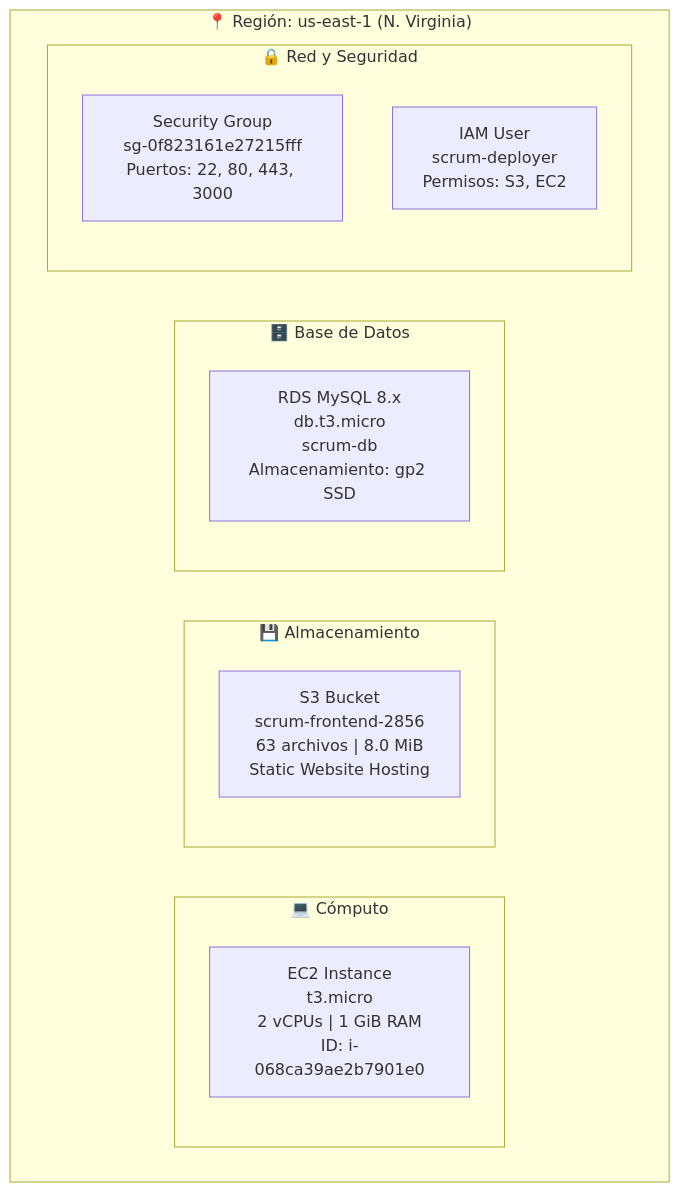
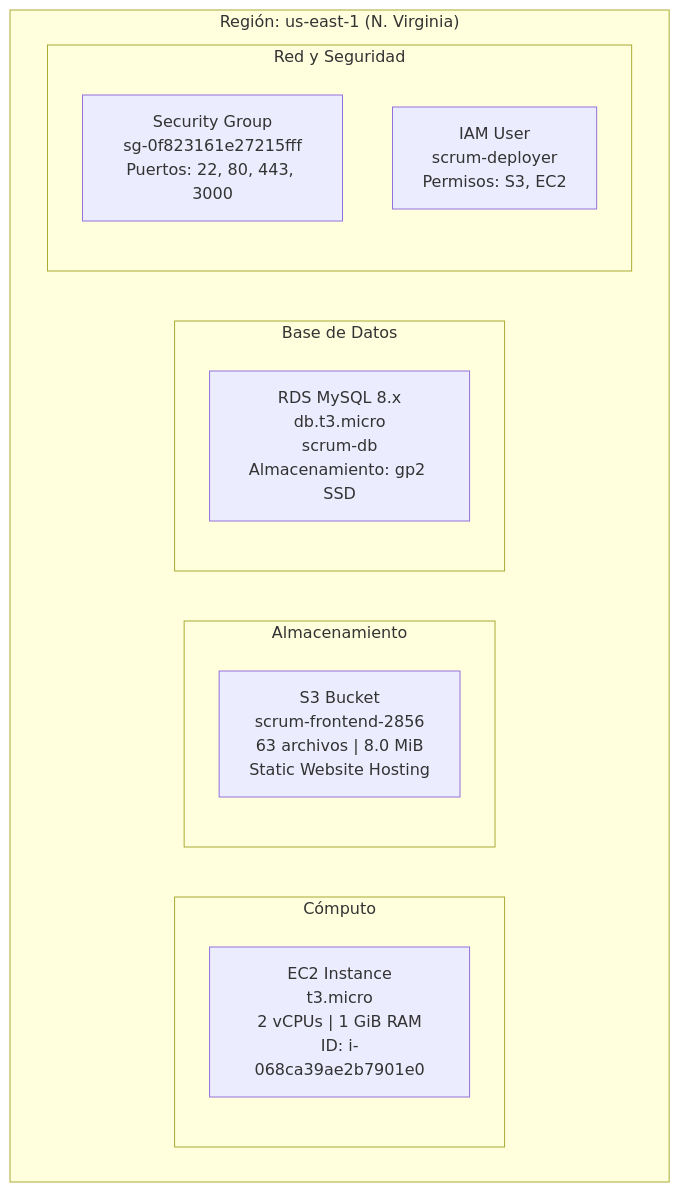
One commit to Macarorn/scrum-frontend changed the fourth of 4 diagrams in AWS_DOCS/DOCUMENTACION_DESPLIEGUE_AWS.md. Above: the diagram before and after it, drawn with Mermaid. The commit also changed other lines of this file and 4 other files, not shown here.

````diff
--- a/AWS_DOCS/DOCUMENTACION_DESPLIEGUE_AWS.md
+++ b/AWS_DOCS/DOCUMENTACION_DESPLIEGUE_AWS.md
@@ -371,21 +371,21 @@
 ```mermaid
 graph TB
-    subgraph REGION["📍 Región: us-east-1 (N. Virginia)"]
-        subgraph COMPUTE["💻 Cómputo"]
+    subgraph REGION[" Región: us-east-1 (N. Virginia)"]
+        subgraph COMPUTE[" Cómputo"]
             EC2_I["EC2 Instance<br/>t3.micro<br/>2 vCPUs | 1 GiB RAM<br/>ID: i-068ca39ae2b7901e0"]
         end
 
-        subgraph STORAGE["💾 Almacenamiento"]
+        subgraph STORAGE[" Almacenamiento"]
             S3_B["S3 Bucket<br/>scrum-frontend-2856<br/>63 archivos | 8.0 MiB<br/>Static Website Hosting"]
         end
 
-        subgraph DATABASE["🗄️ Base de Datos"]
+        subgraph DATABASE[" Base de Datos"]
             RDS_I["RDS MySQL 8.x<br/>db.t3.micro<br/>scrum-db<br/>Almacenamiento: gp2 SSD"]
         end
 
-        subgraph NETWORK["🔒 Red y Seguridad"]
+        subgraph NETWORK[" Red y Seguridad"]
             SG["Security Group<br/>sg-0f823161e27215fff<br/>Puertos: 22, 80, 443, 3000"]
             IAM_U["IAM User<br/>scrum-deployer<br/>Permisos: S3, EC2"]
         end
     end
 ```
````
